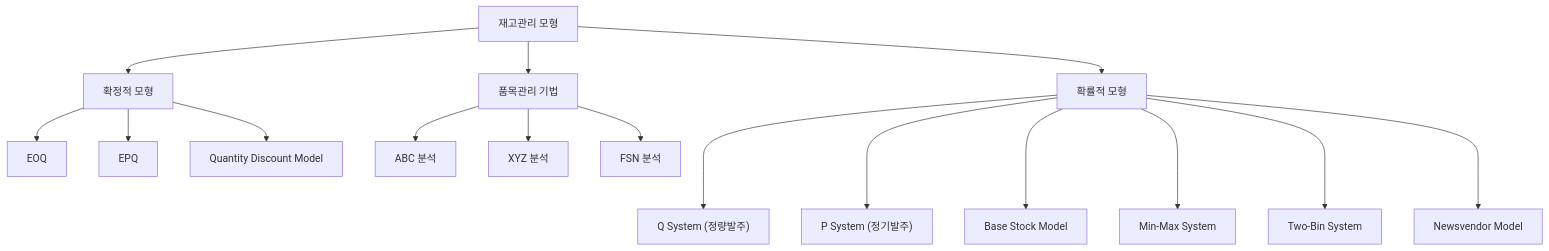
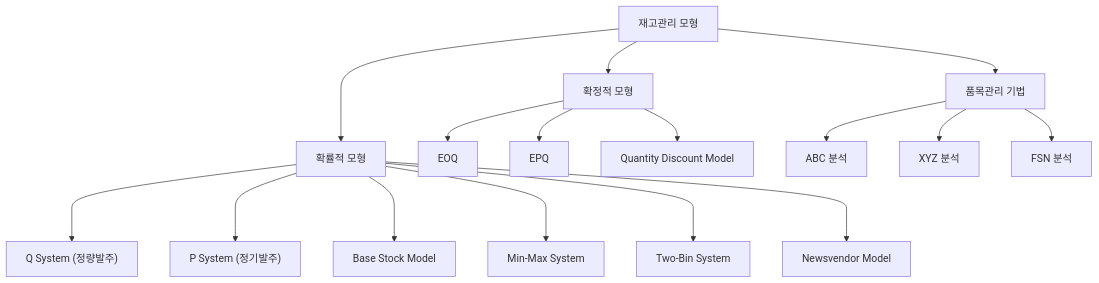
One commit to yeonkyupark/pepc3e changed the fourth of 4 diagrams in docs/0204_logistics_material_and_inventory_management.md. Above: the diagram before and after it, drawn with Mermaid. The commit also changed other lines of this file, not shown here.

````diff
--- a/docs/0204_logistics_material_and_inventory_management.md
+++ b/docs/0204_logistics_material_and_inventory_management.md
@@ -354,24 +354,24 @@
 ```mermaid
 flowchart TB
 
     A["재고관리 모형"]
 
     A --> B["확정적 모형"]
-    A --> C["확률적 모형"]
+    A ---> C["확률적 모형"]
     A --> D["품목관리 기법"]
 
     B --> B1["EOQ"]
     B --> B2["EPQ"]
     B --> B3["Quantity Discount Model"]
 
     C ---> C1["Q System (정량발주)"]
     C ---> C2["P System (정기발주)"]
     C ---> C3["Base Stock Model"]
     C ---> C4["Min-Max System"]
     C ---> C5["Two-Bin System"]
     C ---> C6["Newsvendor Model"]
 
     D --> D1["ABC 분석"]
     D --> D2["XYZ 분석"]
     D --> D3["FSN 분석"]
 ```
````
